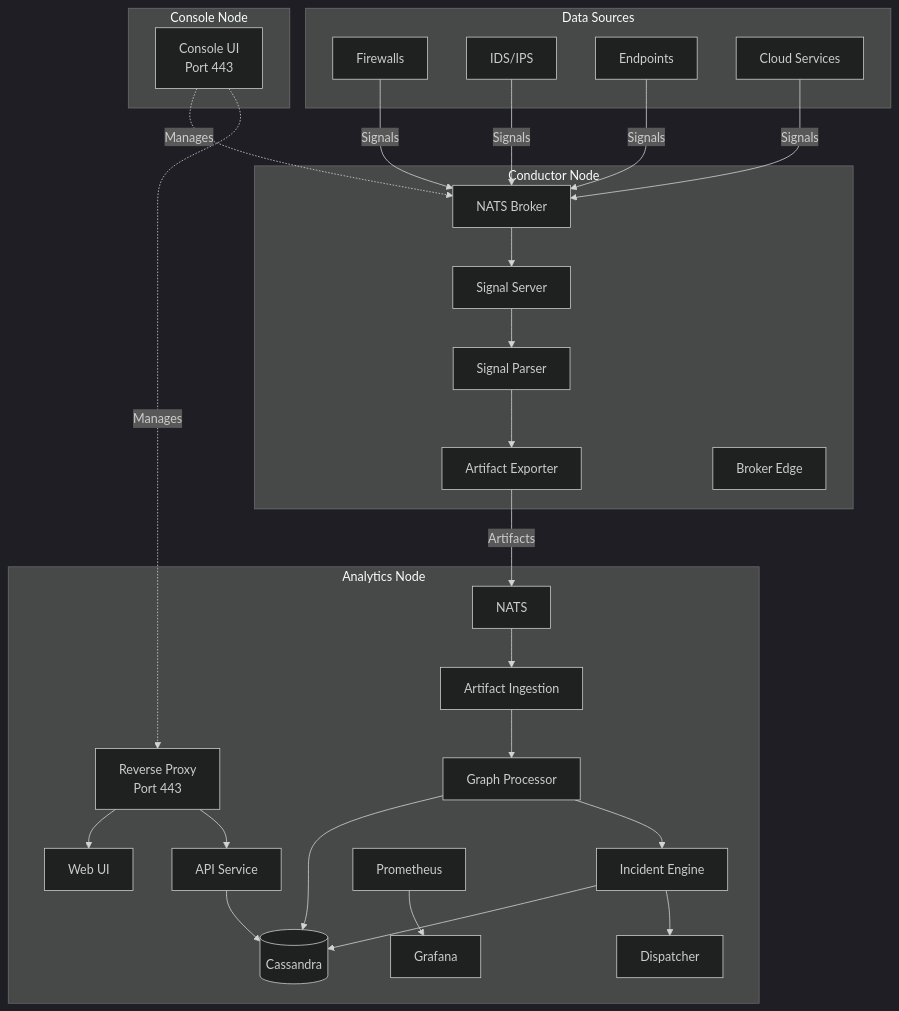
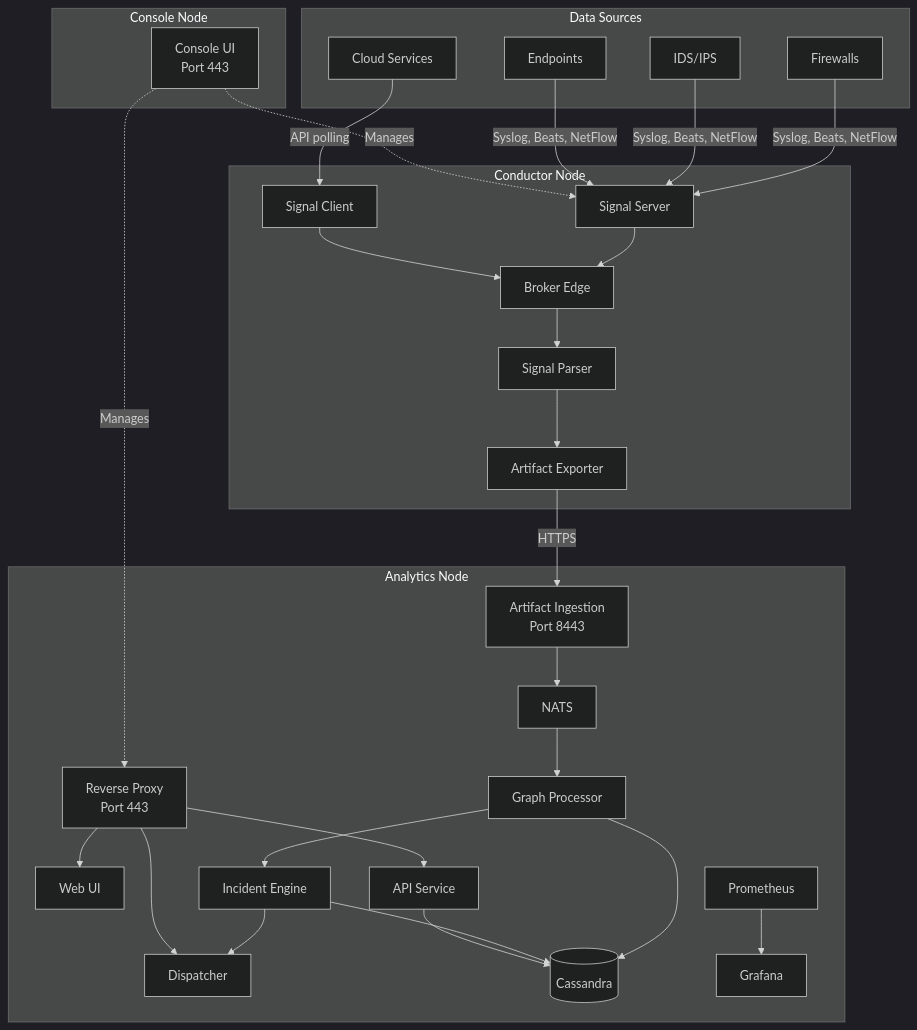
Before and after one commit to witfoo/analytics-docs: the first of 5 diagrams in docs/getting-started/architecture.md, drawn with Mermaid (dark theme). The commit also changed other lines of this file and 77 other files, not shown here.

````diff
--- a/docs/getting-started/architecture.md
+++ b/docs/getting-started/architecture.md
@@ -9,50 +9,54 @@
 ```mermaid
 graph TB
     subgraph "Data Sources"
         DS1[Firewalls]
         DS2[IDS/IPS]
         DS3[Endpoints]
         DS4[Cloud Services]
     end
 
     subgraph "Conductor Node"
-        NATS_B[NATS Broker]
         SS[Signal Server]
+        SC[Signal Client]
+        BE[Broker Edge]
         SP[Signal Parser]
         AE[Artifact Exporter]
-        BE[Broker Edge]
     end
 
     subgraph "Analytics Node"
         RP[Reverse Proxy<br/>Port 443]
         UI[Web UI]
         API[API Service]
         IE[Incident Engine]
         GP[Graph Processor]
-        AI_SVC[Artifact Ingestion]
+        AI_SVC[Artifact Ingestion<br/>Port 8443]
         DISP[Dispatcher]
         NATS_A[NATS]
         CASS[(Cassandra)]
         PROM[Prometheus]
         GRAF[Grafana]
     end
 
     subgraph "Console Node"
         CON_UI[Console UI<br/>Port 443]
     end
 
-    DS1 & DS2 & DS3 & DS4 -->|Signals| NATS_B
-    NATS_B --> SS --> SP --> AE
-    AE -->|Artifacts| NATS_A
+    DS1 & DS2 & DS3 -->|Syslog, Beats, NetFlow| SS
+    DS4 -->|API polling| SC
+    SS --> BE
+    SC --> BE
+    BE --> SP --> AE
+    AE -->|HTTPS| AI_SVC
 
-    NATS_A --> AI_SVC --> GP --> CASS
+    AI_SVC --> NATS_A --> GP --> CASS
     GP --> IE --> CASS
     IE --> DISP
     API --> CASS
     RP --> UI
     RP --> API
+    RP --> DISP
     PROM --> GRAF
 
-    CON_UI -.->|Manages| NATS_B
+    CON_UI -.->|Manages| SS
     CON_UI -.->|Manages| RP
 ```
````
